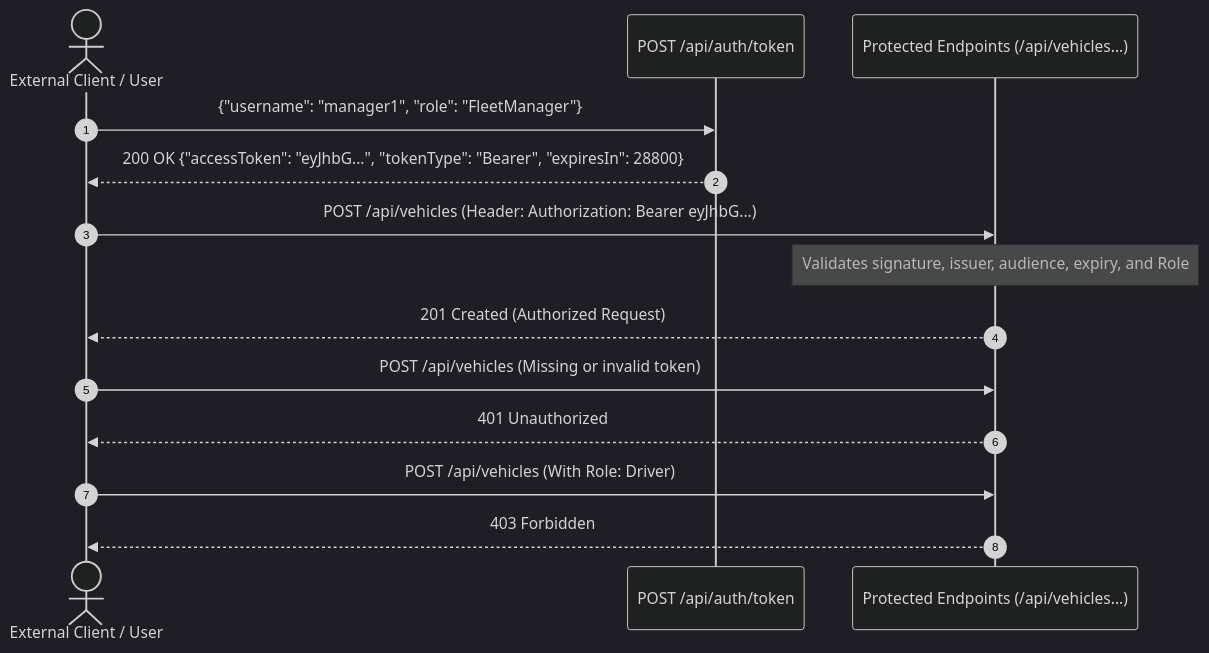
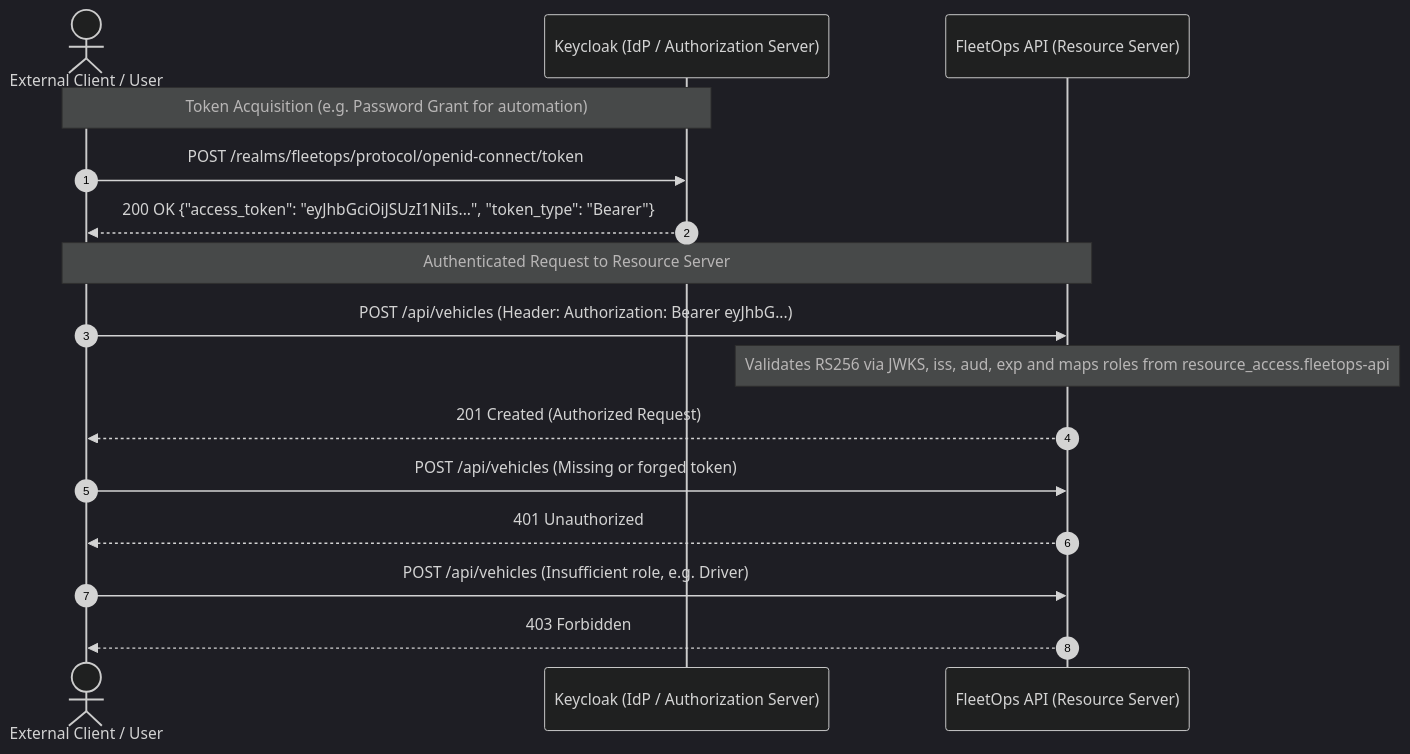
One commit to DevYuriVieira/fleetops-api changed diagram 13 of 16 in README.md. Above: the diagram before and after it, drawn with Mermaid (dark theme). The commit also changed other lines of this file and 2 other files, not shown here.

Commit message:
docs(auth): document OIDC architecture and ADR-016

````diff
--- a/README.md
+++ b/README.md
@@ -1980,20 +2021,22 @@
 ```mermaid
 sequenceDiagram
     autonumber
     actor Client as External Client / User
-    participant Auth as POST /api/auth/token
-    participant API as Protected Endpoints (/api/vehicles...)
+    participant IdP as Keycloak (IdP / Authorization Server)
+    participant RS as FleetOps API (Resource Server)
 
-    Client->>Auth: {"username": "manager1", "role": "FleetManager"}
-    Auth-->>Client: 200 OK {"accessToken": "eyJhbG...", "tokenType": "Bearer", "expiresIn": 28800}
+    Note over Client,IdP: Token Acquisition (e.g. Password Grant for automation)
+    Client->>IdP: POST /realms/fleetops/protocol/openid-connect/token
+    IdP-->>Client: 200 OK {"access_token": "eyJhbGciOiJSUzI1NiIs...", "token_type": "Bearer"}
 
-    Client->>API: POST /api/vehicles (Header: Authorization: Bearer eyJhbG...)
-    Note over API: Validates signature, issuer, audience, expiry, and Role
-    API-->>Client: 201 Created (Authorized Request)
+    Note over Client,RS: Authenticated Request to Resource Server
+    Client->>RS: POST /api/vehicles (Header: Authorization: Bearer eyJhbG...)
+    Note over RS: Validates RS256 via JWKS, iss, aud, exp and maps roles from resource_access.fleetops-api
+    RS-->>Client: 201 Created (Authorized Request)
 
-    Client->>API: POST /api/vehicles (Missing or invalid token)
-    API-->>Client: 401 Unauthorized
+    Client->>RS: POST /api/vehicles (Missing or forged token)
+    RS-->>Client: 401 Unauthorized
 
-    Client->>API: POST /api/vehicles (With Role: Driver)
-    API-->>Client: 403 Forbidden
+    Client->>RS: POST /api/vehicles (Insufficient role, e.g. Driver)
+    RS-->>Client: 403 Forbidden
 ```
````
